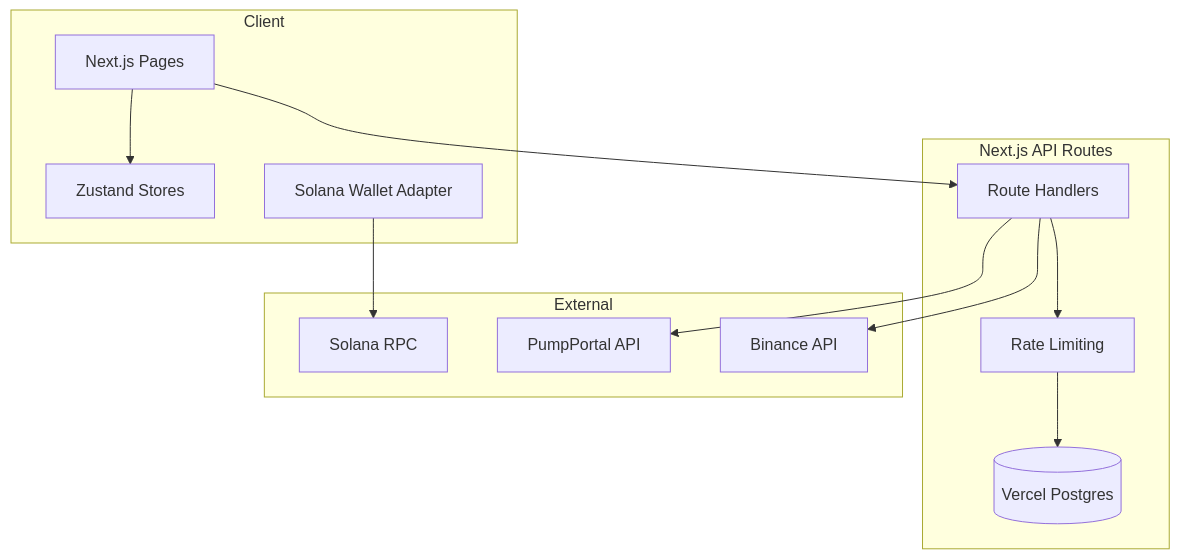
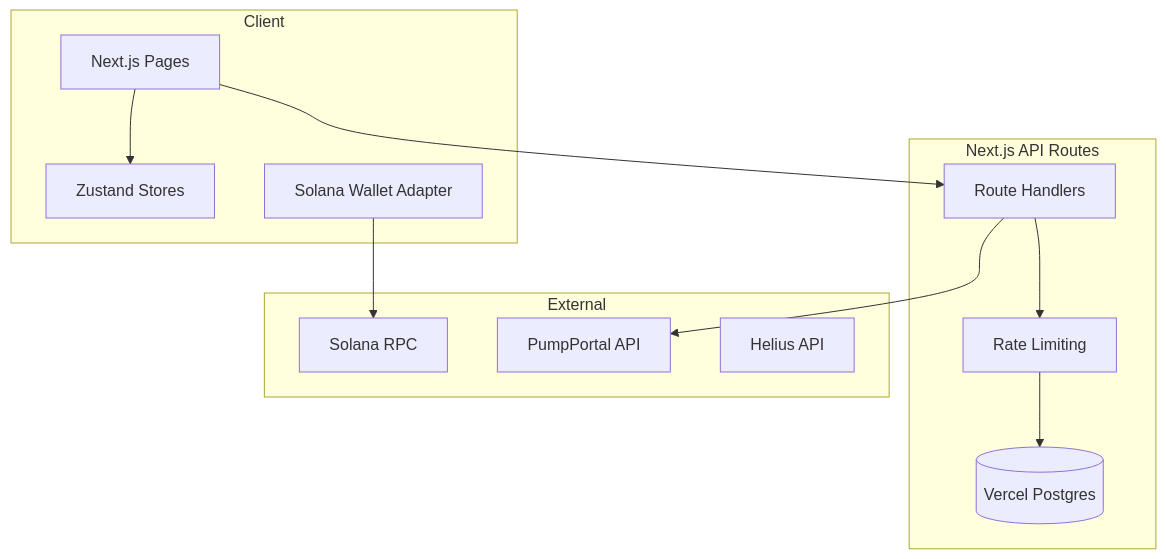
Before and after one commit to juggperc/memepro-lite: the diagram in AI_AGENT_DOCUMENTATION.md, drawn with Mermaid. The commit also changed other lines of this file and 43 other files, not shown here.

````diff
--- a/AI_AGENT_DOCUMENTATION.md
+++ b/AI_AGENT_DOCUMENTATION.md
@@ -37,28 +30,27 @@
 ```mermaid
 flowchart TB
     subgraph Client
         Page[Next.js Pages]
         Store[Zustand Stores]
         Wallet[Solana Wallet Adapter]
     end
     
     subgraph Server["Next.js API Routes"]
         Route[Route Handlers]
         RateLimit[Rate Limiting]
         DB[(Vercel Postgres)]
     end
     
     subgraph External
         Solana[Solana RPC]
         Pump[PumpPortal API]
-        Binance[Binance API]
+        Helius[Helius API]
     end
     
     Page --> Store
     Page --> Route
     Route --> RateLimit
     RateLimit --> DB
     Route --> Pump
-    Route --> Binance
     Wallet --> Solana
 ```
````
